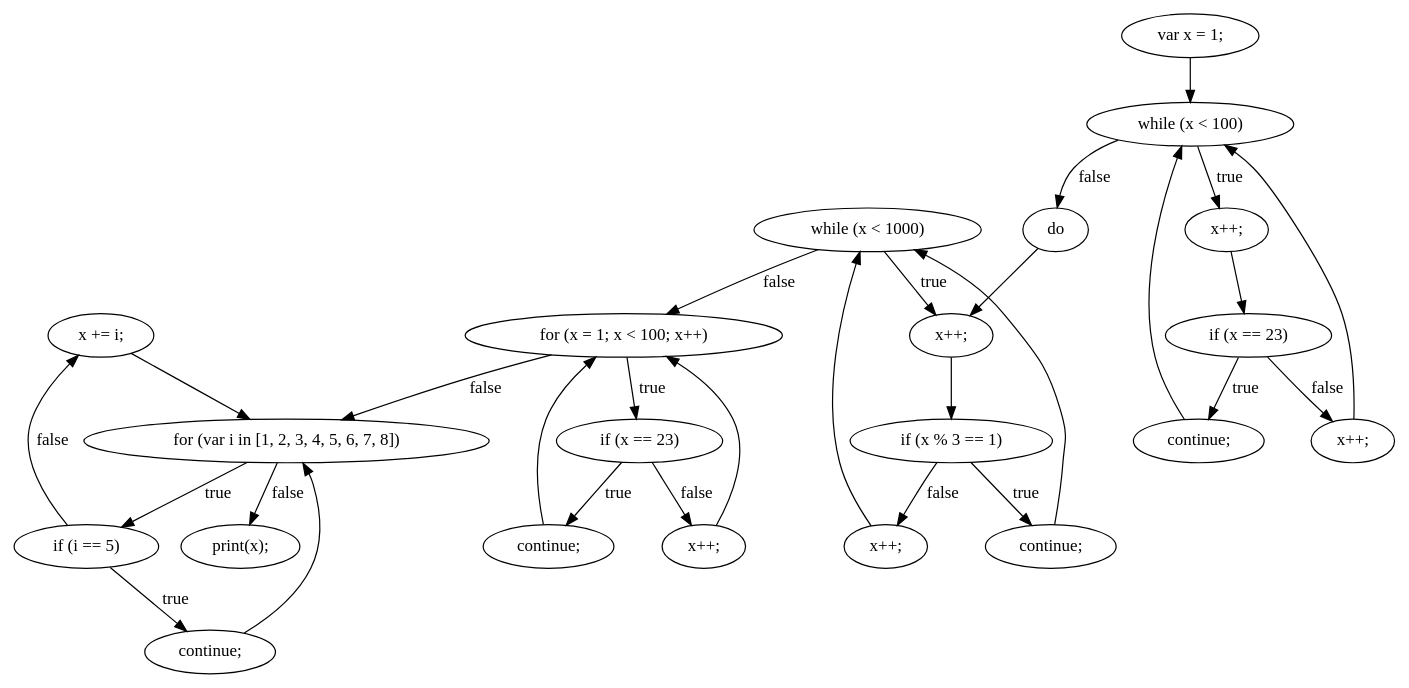
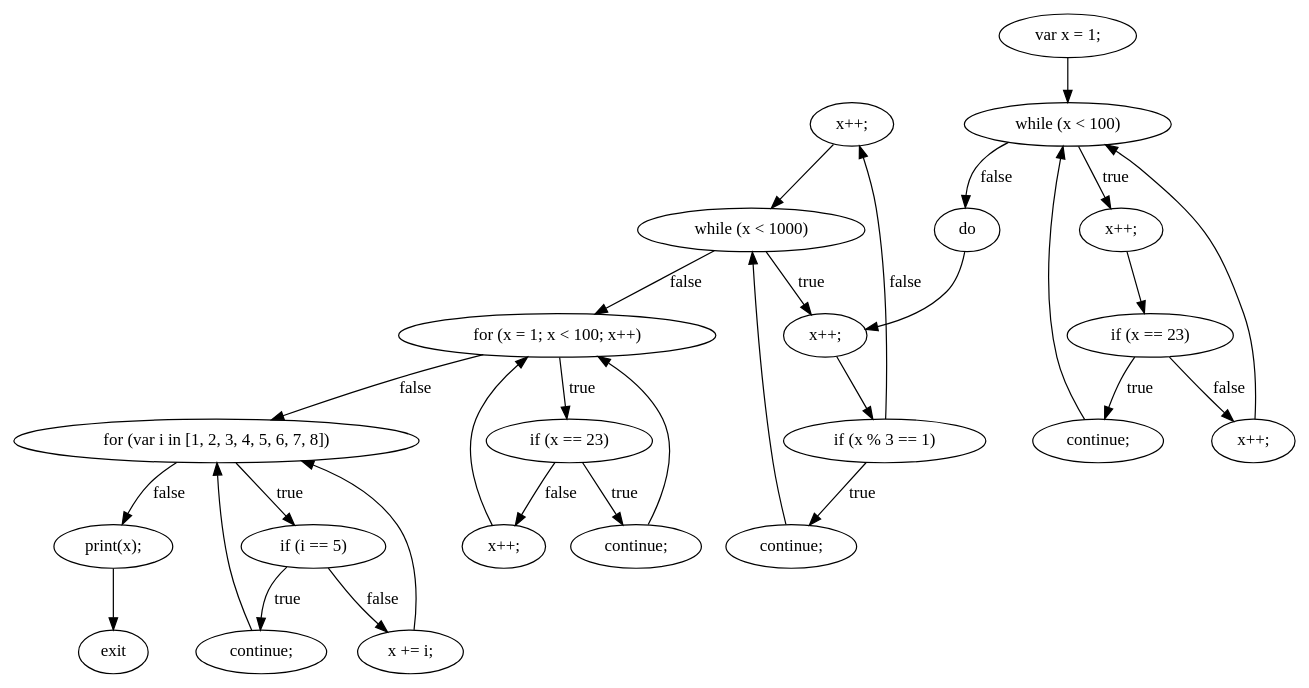
The diagram in JsRetest/jsTests/dotFiles/testContinue.js.0.dot (Shoreray/JsRetest), drawn with Graphviz before and after one commit. The commit also changed 408 other files, not shown here.

```diff
--- a/JsRetest/jsTests/dotFiles/testContinue.js.0.dot
+++ b/JsRetest/jsTests/dotFiles/testContinue.js.0.dot
@@ -1,51 +1,53 @@
 digraph {
-"0" [label="x += i;\n"] 
-"1" [label="for (var i in [1, 2, 3, 4, 5, 6, 7, 8]) "] 
-"2" [label="print(x);\n"] 
-"3" [label="for (x = 1; x < 100; x++) "] 
-"4" [label="if (x % 3 == 1) "] 
-"5" [label="var x = 1;\n"] 
-"6" [label="continue;\n"] 
-"7" [label="x++;\n"] 
+"0" [label="x++;\n"] 
+"1" [label="x++;\n"] 
+"2" [label="x++;\n"] 
+"3" [label="for (var i in [1, 2, 3, 4, 5, 6, 7, 8]) "] 
+"4" [label="print(x);\n"] 
+"5" [label="if (i == 5) "] 
+"6" [label="if (x % 3 == 1) "] 
+"7" [label="continue;\n"] 
 "8" [label="if (x == 23) "] 
-"9" [label="if (x == 23) "] 
-"10" [label="x++;\n"] 
-"11" [label=" while (x < 1000) "] 
-"12" [label="x++;\n"] 
-"13" [label="do "] 
-"14" [label="while (x < 100) "] 
-"15" [label="continue;\n"] 
-"16" [label="continue;\n"] 
+"9" [label="x++;\n"] 
+"10" [label="exit"] 
+"11" [label="x++;\n"] 
+"12" [label="continue;\n"] 
+"13" [label="var x = 1;\n"] 
+"14" [label="continue;\n"] 
+"15" [label="while (x < 100) "] 
+"16" [label="x += i;\n"] 
 "17" [label="continue;\n"] 
-"18" [label="if (i == 5) "] 
-"19" [label="x++;\n"] 
-"20" [label="x++;\n"] 
-"0" -> "1" [label=""] 
-"1" -> "2" [label="false"] 
-"1" -> "18" [label="true"] 
-"3" -> "1" [label="false"] 
-"3" -> "8" [label="true"] 
-"4" -> "16" [label="true"] 
-"4" -> "12" [label="false"] 
-"5" -> "14" [label=""] 
-"6" -> "14" [label=""] 
-"7" -> "4" [label=""] 
-"8" -> "15" [label="true"] 
-"8" -> "20" [label="false"] 
-"9" -> "6" [label="true"] 
-"9" -> "19" [label="false"] 
-"10" -> "9" [label=""] 
-"11" -> "3" [label="false"] 
-"11" -> "7" [label="true"] 
-"12" -> "11" [label=""] 
-"13" -> "7" [label=""] 
-"14" -> "13" [label="false"] 
-"14" -> "10" [label="true"] 
-"15" -> "3" [label=""] 
-"16" -> "11" [label=""] 
-"17" -> "1" [label=""] 
-"18" -> "17" [label="true"] 
-"18" -> "0" [label="false"] 
-"19" -> "14" [label=""] 
-"20" -> "3" [label=""] 
+"18" [label="do "] 
+"19" [label="if (x == 23) "] 
+"20" [label="for (x = 1; x < 100; x++) "] 
+"21" [label=" while (x < 1000) "] 
+"0" -> "21" [label=""] 
+"1" -> "6" [label=""] 
+"2" -> "8" [label=""] 
+"3" -> "4" [label="false"] 
+"3" -> "5" [label="true"] 
+"4" -> "10" [label=""] 
+"5" -> "7" [label="true"] 
+"5" -> "16" [label="false"] 
+"6" -> "17" [label="true"] 
+"6" -> "0" [label="false"] 
+"7" -> "3" [label=""] 
+"8" -> "12" [label="true"] 
+"8" -> "11" [label="false"] 
+"9" -> "20" [label=""] 
+"11" -> "15" [label=""] 
+"12" -> "15" [label=""] 
+"13" -> "15" [label=""] 
+"14" -> "20" [label=""] 
+"15" -> "18" [label="false"] 
+"15" -> "2" [label="true"] 
+"16" -> "3" [label=""] 
+"17" -> "21" [label=""] 
+"18" -> "1" [label=""] 
+"19" -> "14" [label="true"] 
+"19" -> "9" [label="false"] 
+"20" -> "3" [label="false"] 
+"20" -> "19" [label="true"] 
+"21" -> "20" [label="false"] 
+"21" -> "1" [label="true"] 
 }
```
